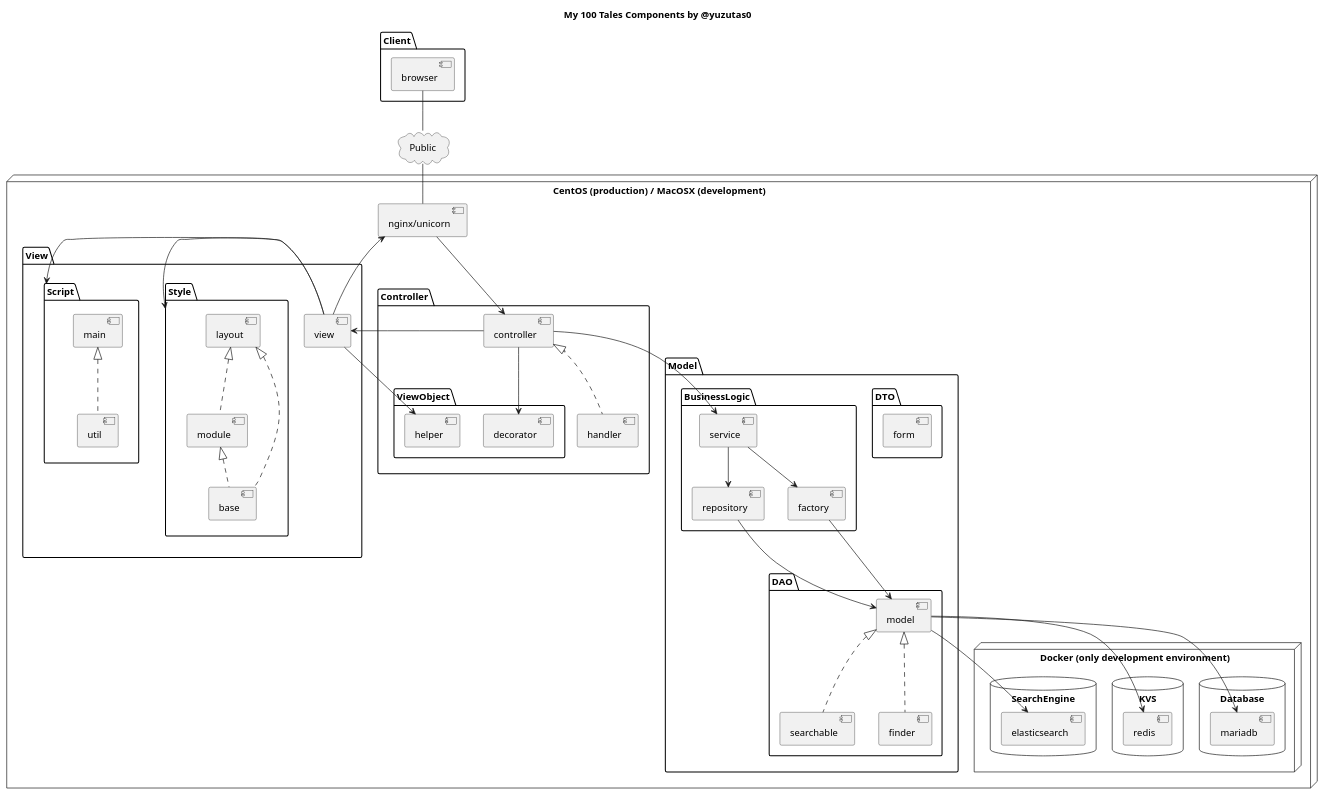
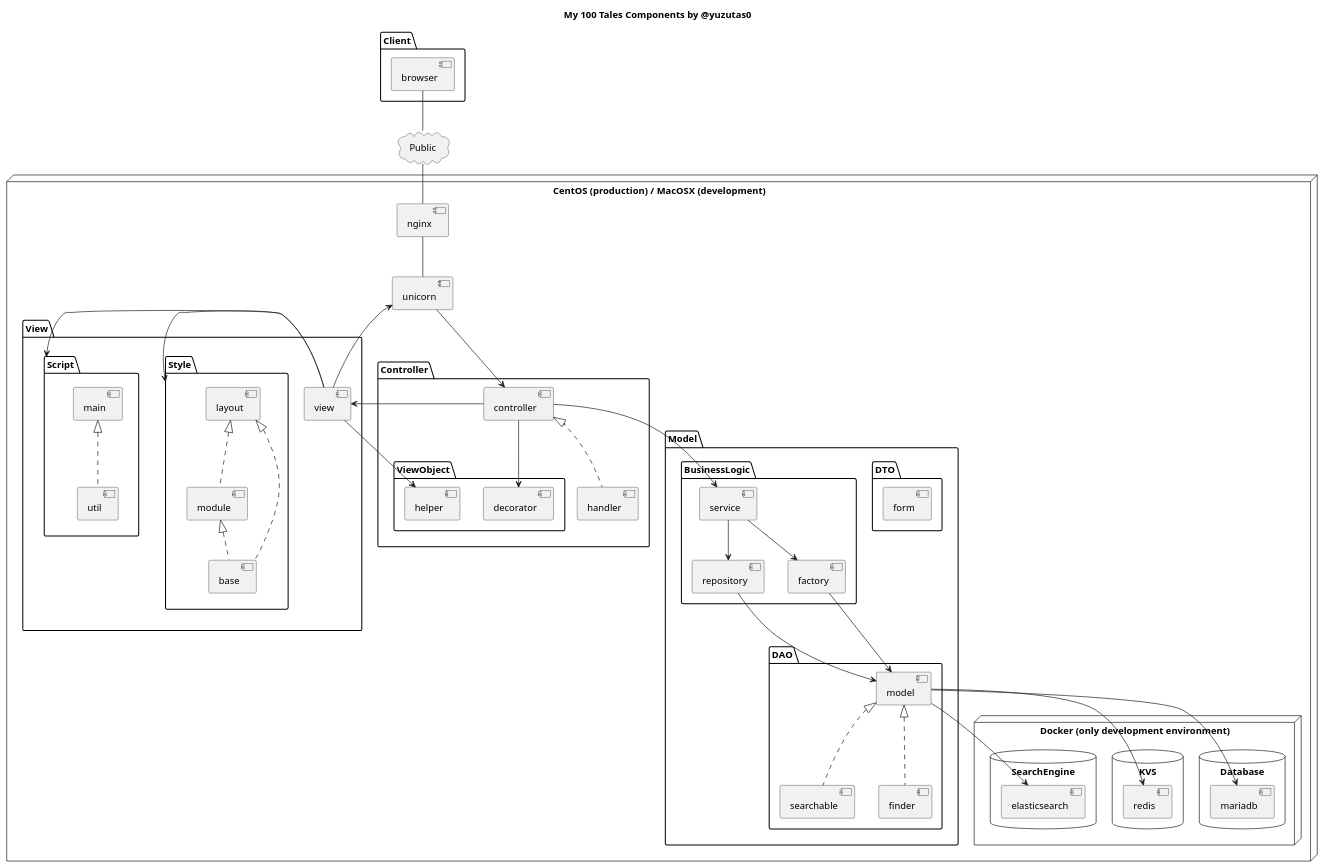
The diagram in docs/components.puml (yuzutas0/my100tales), drawn with PlantUML before and after one commit. The commit also changed 1 other file, not shown here.

Commit message:
fix uml about system configuration diagram

```diff
--- a/docs/components.puml
+++ b/docs/components.puml
@@ -9,80 +9,81 @@
 @startuml
 
 title My 100 Tales Components by @yuzutas0
 
 package "Client" {
   [browser]
 }
 
 cloud Public {
   browser -- Public
 }
 
 node "CentOS (production) / MacOSX (development)" {
-  Public -- [nginx/unicorn]
+  Public -- [nginx]
+  nginx -- [unicorn]
 
   package "View" {
-    [view] -> [nginx/unicorn]
+    [view] -> unicorn
 
     package "Style" {
       view -> Style
       [layout] <|.. [module]
       layout <|.. [base]
       module <|.. base
     }
 
     package "Script" {
       view -> Script
       [main] <|.. [util]
     }
   }
 
   package "Controller" {
-    [nginx/unicorn] --> [controller]
+    unicorn --> [controller]
     controller --> view
     controller <|.. [handler]
 
     package "ViewObject" {
       view --> [helper]
       controller --> [decorator]
     }
   }
 
   package "Model" {
 
     package "DTO" {
       [form]
     }
 
     package "BusinessLogic" {
       controller --> [service]
       service --> [repository]
       service --> [factory]
     }
 
     package "DAO" {
       [model]
       model <|.. [searchable]
       model <|.. [finder]
       factory --> model
       repository --> model
     }
   }
 
   node "Docker (only development environment)" {
 
     database "Database" {
       model --> [mariadb]
     }
 
     database "KVS" {
       model --> [redis]
     }
 
     database "SearchEngine" {
       model --> [elasticsearch]
     }
   }
 }
 
 @enduml
```
